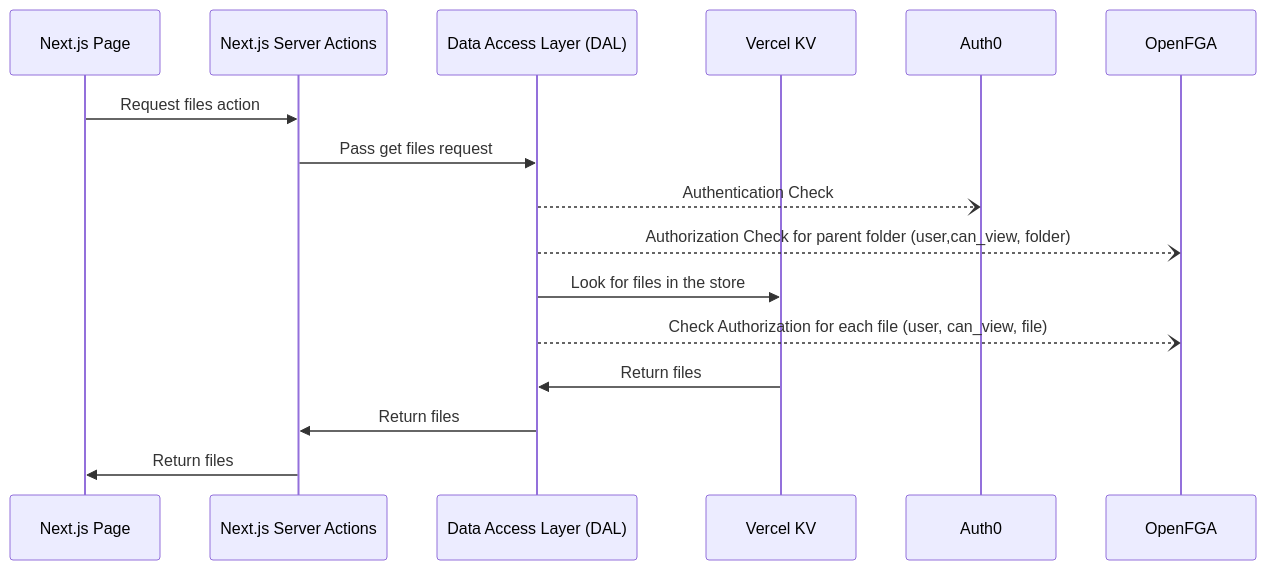
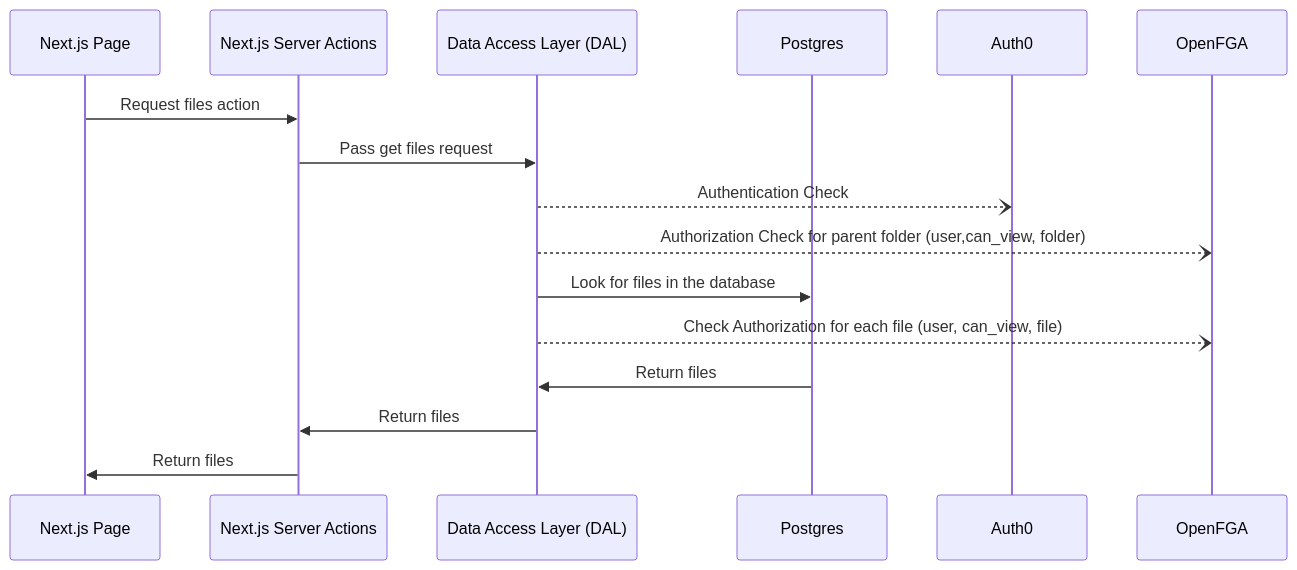
One commit to oktadev/fga-drive-example changed the second of 8 diagrams in README.md. Above: the diagram before and after it, drawn with Mermaid. The commit also changed other lines of this file and 1 other file, not shown here.

Commit message:
Update readme with Postgres info

````diff
--- a/README.md
+++ b/README.md
@@ -220,18 +224,18 @@
 ```mermaid
 sequenceDiagram;
   participant Next.js Page
   participant Next.js Server Actions
   participant Data Access Layer (DAL)
-  participant Vercel KV
+  participant Postgres
   participant Auth0
   participant OpenFGA
   Next.js Page->>Next.js Server Actions: Request files action
   Next.js Server Actions->>Data Access Layer (DAL): Pass get files request
   Data Access Layer (DAL)--)Auth0: Authentication Check
   Data Access Layer (DAL)--)OpenFGA: Authorization Check for parent folder (user,can_view, folder)
-  Data Access Layer (DAL)->>Vercel KV: Look for files in the store
+  Data Access Layer (DAL)->>Postgres: Look for files in the database
   Data Access Layer (DAL)--)OpenFGA: Check Authorization for each file (user, can_view, file)
-  Vercel KV->>Data Access Layer (DAL): Return files
+  Postgres->>Data Access Layer (DAL): Return files
   Data Access Layer (DAL)->>Next.js Server Actions: Return files
   Next.js Server Actions->>Next.js Page: Return files
 ```
````
